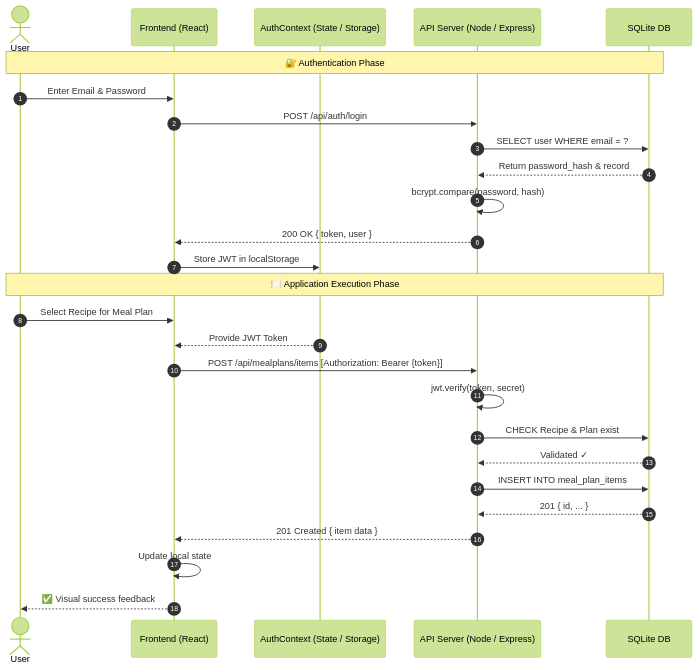
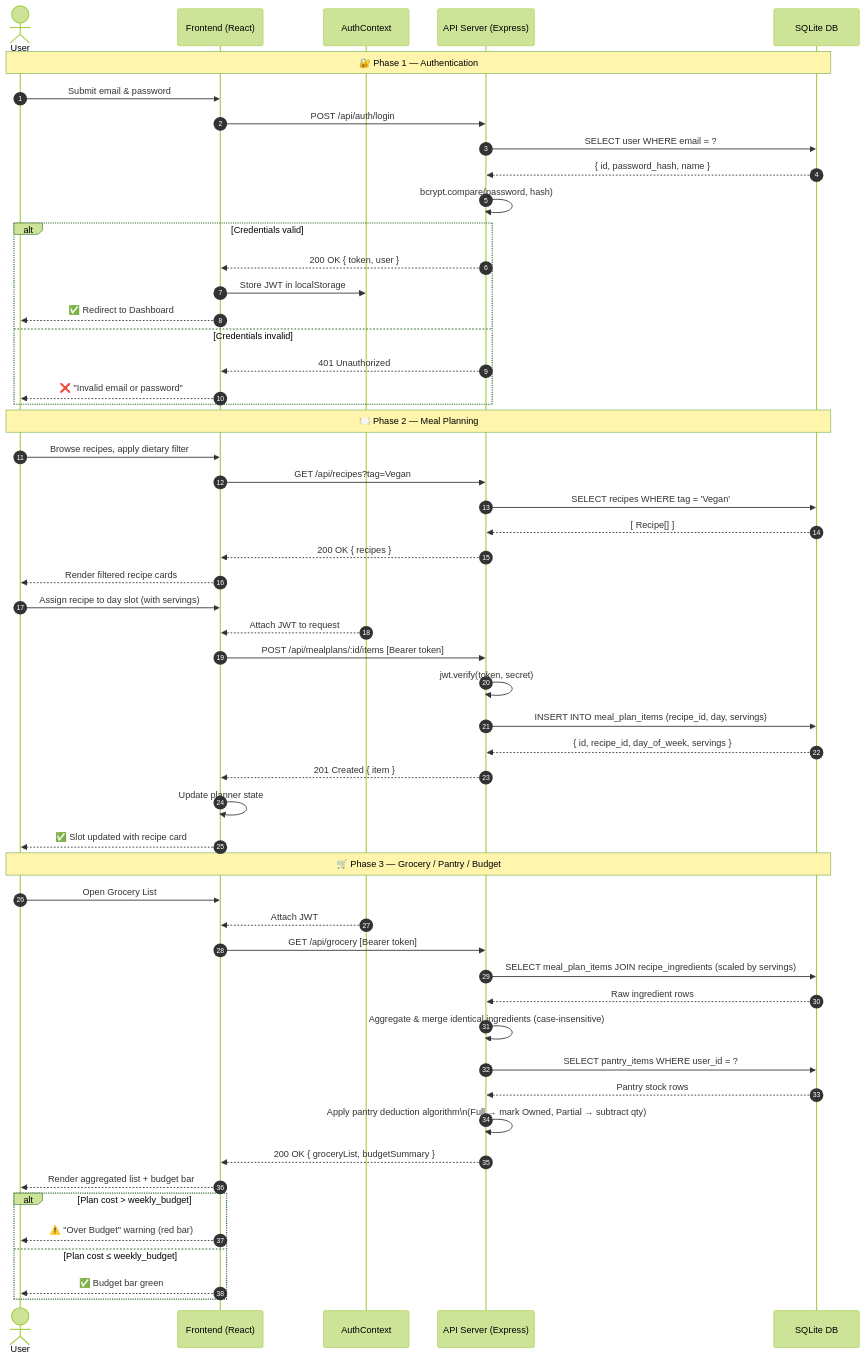
The third of 4 diagrams in docs/UML_DIAGRAMS.md (OmarIUBH/software-engineering-project), drawn with Mermaid (forest theme) before and after one commit. The commit also changed other lines of this file, not shown here.

Commit message:
docs: rewrite Use Case diagram in Mermaid flowchart, expand Sequence diagram to 3 phases

````diff
--- a/docs/UML_DIAGRAMS.md
+++ b/docs/UML_DIAGRAMS.md
@@ -141,33 +148,71 @@
 ```mermaid
 sequenceDiagram
     autonumber
     actor User
-    participant UI as Frontend (React)
-    participant Auth as AuthContext (State / Storage)
-    participant API as API Server (Node / Express)
-    participant DB as SQLite DB
+    participant UI  as Frontend (React)
+    participant Auth as AuthContext
+    participant API  as API Server (Express)
+    participant DB   as SQLite DB
 
-    Note over User,DB: 🔐 Authentication Phase
+    %% ══════════════════════════════════════════════
+    Note over User,DB: 🔐 Phase 1 — Authentication
+    %% ══════════════════════════════════════════════
 
-    User->>UI: Enter Email & Password
+    User->>UI: Submit email & password
     UI->>API: POST /api/auth/login
     API->>DB: SELECT user WHERE email = ?
-    DB-->>API: Return password_hash & record
+    DB-->>API: { id, password_hash, name }
     API->>API: bcrypt.compare(password, hash)
-    API-->>UI: 200 OK { token, user }
-    UI->>Auth: Store JWT in localStorage
 
-    Note over User,DB: 🍽️ Application Execution Phase
+    alt Credentials valid
+        API-->>UI: 200 OK { token, user }
+        UI->>Auth: Store JWT in localStorage
+        UI-->>User: ✅ Redirect to Dashboard
+    else Credentials invalid
+        API-->>UI: 401 Unauthorized
+        UI-->>User: ❌ "Invalid email or password"
+    end
 
-    User->>UI: Select Recipe for Meal Plan
-    Auth-->>UI: Provide JWT Token
-    UI->>API: POST /api/mealplans/items [Authorization: Bearer {token}]
+    %% ══════════════════════════════════════════════
+    Note over User,DB: 🍽️ Phase 2 — Meal Planning
+    %% ══════════════════════════════════════════════
+
+    User->>UI: Browse recipes, apply dietary filter
+    UI->>API: GET /api/recipes?tag=Vegan
+    API->>DB: SELECT recipes WHERE tag = 'Vegan'
+    DB-->>API: [ Recipe[] ]
+    API-->>UI: 200 OK { recipes }
+    UI-->>User: Render filtered recipe cards
+
+    User->>UI: Assign recipe to day slot (with servings)
+    Auth-->>UI: Attach JWT to request
+    UI->>API: POST /api/mealplans/:id/items  [Bearer token]
     API->>API: jwt.verify(token, secret)
-    API->>DB: CHECK Recipe & Plan exist
-    DB-->>API: Validated ✓
-    API->>DB: INSERT INTO meal_plan_items
-    DB-->>API: 201 { id, ... }
-    API-->>UI: 201 Created { item data }
-    UI->>UI: Update local state
-    UI-->>User: ✅ Visual success feedback
+    API->>DB: INSERT INTO meal_plan_items (recipe_id, day, servings)
+    DB-->>API: { id, recipe_id, day_of_week, servings }
+    API-->>UI: 201 Created { item }
+    UI->>UI: Update planner state
+    UI-->>User: ✅ Slot updated with recipe card
+
+    %% ══════════════════════════════════════════════
+    Note over User,DB: 🛒 Phase 3 — Grocery / Pantry / Budget
+    %% ══════════════════════════════════════════════
+
+    User->>UI: Open Grocery List
+    Auth-->>UI: Attach JWT
+    UI->>API: GET /api/grocery  [Bearer token]
+    API->>DB: SELECT meal_plan_items JOIN recipe_ingredients (scaled by servings)
+    DB-->>API: Raw ingredient rows
+    API->>API: Aggregate & merge identical ingredients (case-insensitive)
+    API->>DB: SELECT pantry_items WHERE user_id = ?
+    DB-->>API: Pantry stock rows
+    API->>API: Apply pantry deduction algorithm\n(Full → mark Owned, Partial → subtract qty)
+    API-->>UI: 200 OK { groceryList, budgetSummary }
+    UI-->>User: Render aggregated list + budget bar
+
+    alt Plan cost > weekly_budget
+        UI-->>User: ⚠️ "Over Budget" warning (red bar)
+    else Plan cost ≤ weekly_budget
+        UI-->>User: ✅ Budget bar green
+    end
 ```
````
